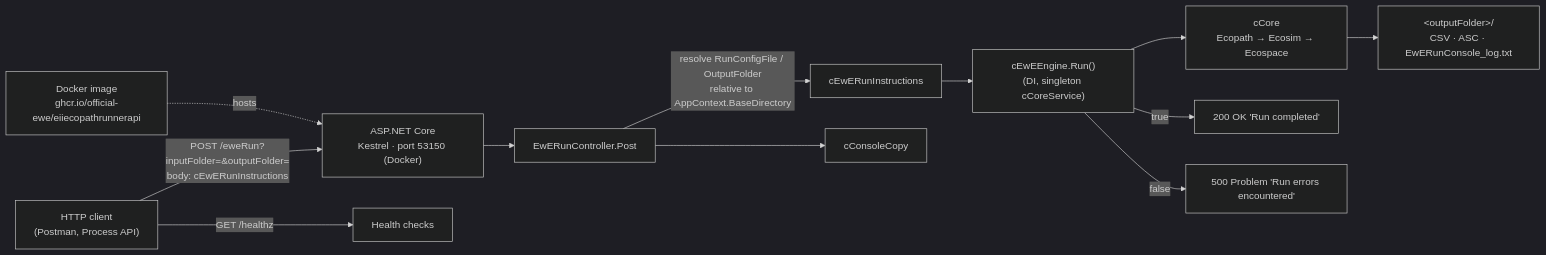
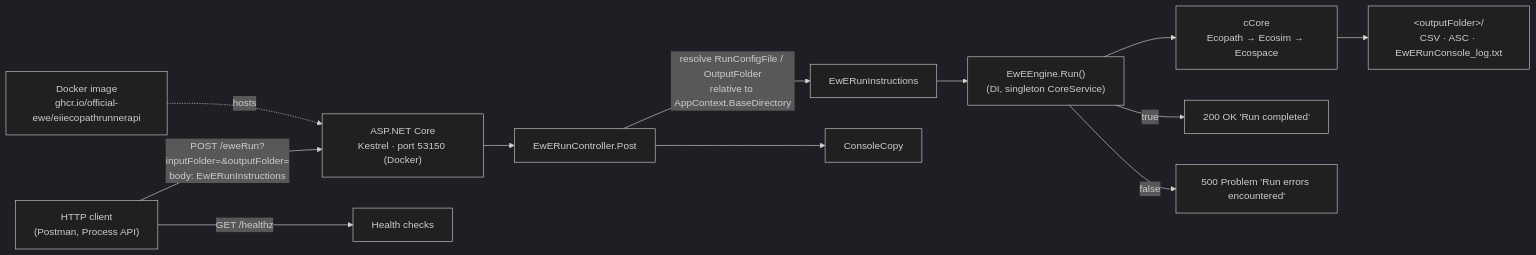
The third of 7 diagrams in Eii.Ecopath.Runner_architecture.md (Official-EwE/Eii.Ecopath.Runner), drawn with Mermaid (dark theme) before and after one commit. The commit also changed other lines of this file and 108 other files, not shown here.

````diff
--- a/Eii.Ecopath.Runner_architecture.md
+++ b/Eii.Ecopath.Runner_architecture.md
@@ -151,14 +151,14 @@
 ```mermaid
 flowchart LR
-    CLIENT["HTTP client<br/>(Postman, Process API)"] -->|"POST /eweRun?inputFolder=&outputFolder=<br/>body: cEwERunInstructions"| KESTREL["ASP.NET Core<br/>Kestrel · port 53150 (Docker)"]
+    CLIENT["HTTP client<br/>(Postman, Process API)"] -->|"POST /eweRun?inputFolder=&outputFolder=<br/>body: EwERunInstructions"| KESTREL["ASP.NET Core<br/>Kestrel · port 53150 (Docker)"]
     CLIENT -->|"GET /healthz"| HC["Health checks"]
     KESTREL --> CTRL["EwERunController.Post"]
-    CTRL -->|"resolve RunConfigFile / OutputFolder<br/>relative to AppContext.BaseDirectory"| INSTR["cEwERunInstructions"]
-    INSTR --> ENG["cEwEEngine.Run()<br/>(DI, singleton cCoreService)"]
+    CTRL -->|"resolve RunConfigFile / OutputFolder<br/>relative to AppContext.BaseDirectory"| INSTR["EwERunInstructions"]
+    INSTR --> ENG["EwEEngine.Run()<br/>(DI, singleton CoreService)"]
     ENG --> CORE["cCore<br/>Ecopath → Ecosim → Ecospace"]
     CORE --> OUT["&lt;outputFolder&gt;/<br/>CSV · ASC · EwERunConsole_log.txt"]
-    CTRL --> TEE["cConsoleCopy"]
+    CTRL --> TEE["ConsoleCopy"]
     ENG -->|"true"| OK["200 OK 'Run completed'"]
     ENG -->|"false"| ERR["500 Problem 'Run errors encountered'"]
     DOCKER["Docker image<br/>ghcr.io/official-ewe/eiiecopathrunnerapi"] -.hosts.-> KESTREL
 ```
````
